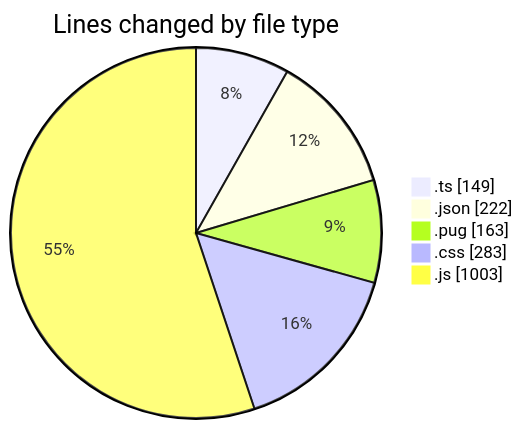
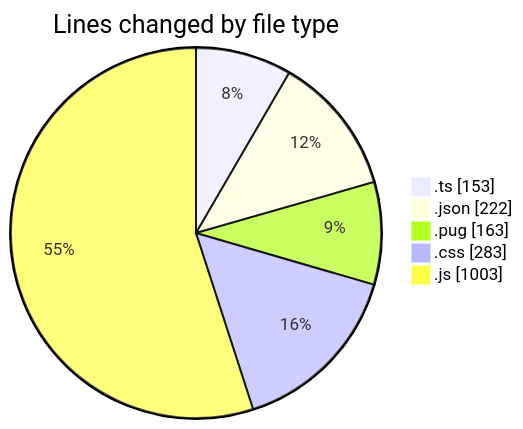
Before and after one commit to momahboobian/code-tracking: the first of 2 diagrams in 2025-02-24/cda/README.md, drawn with Mermaid. The commit also changed other lines of this file and 1 other file, not shown here.

````diff
--- a/2025-02-24/cda/README.md
+++ b/2025-02-24/cda/README.md
@@ -38,9 +38,9 @@
 ```mermaid
 pie showData
 title Lines changed by file type
-".ts" : 149
+".ts" : 153
 ".json" : 222
 ".pug" : 163
 ".css" : 283
 ".js" : 1003
 ```
````
